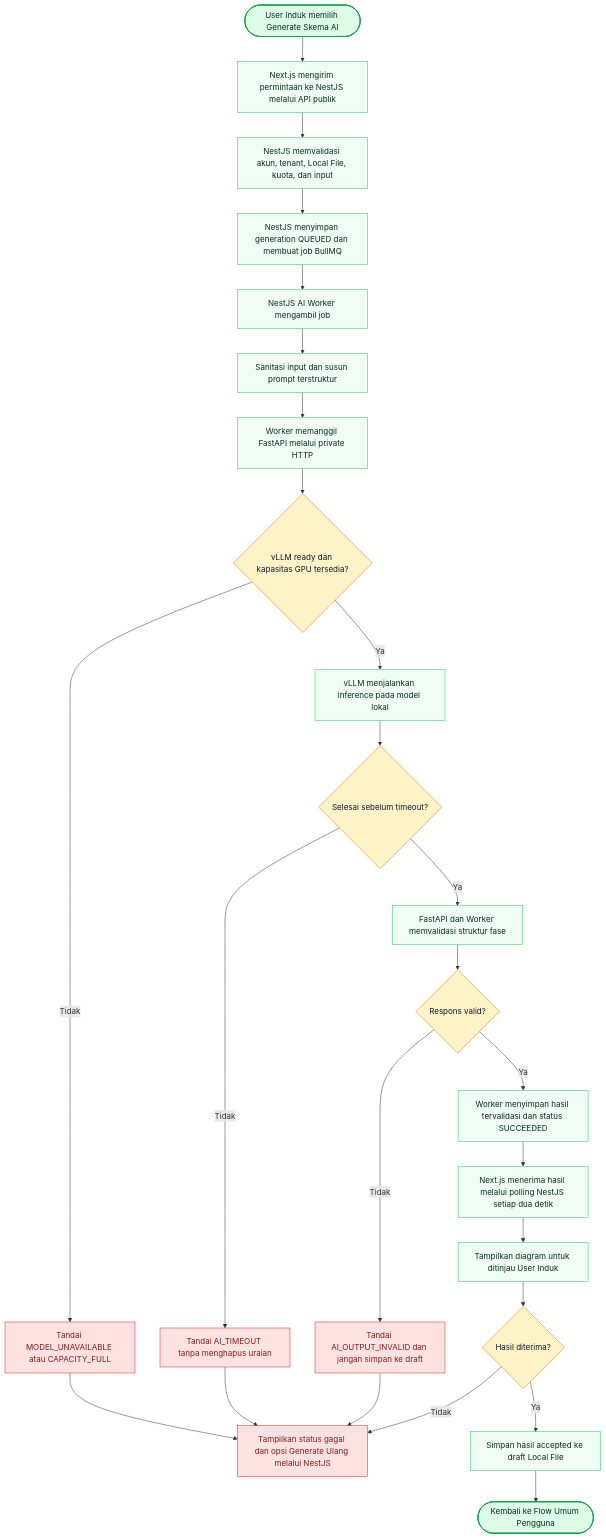
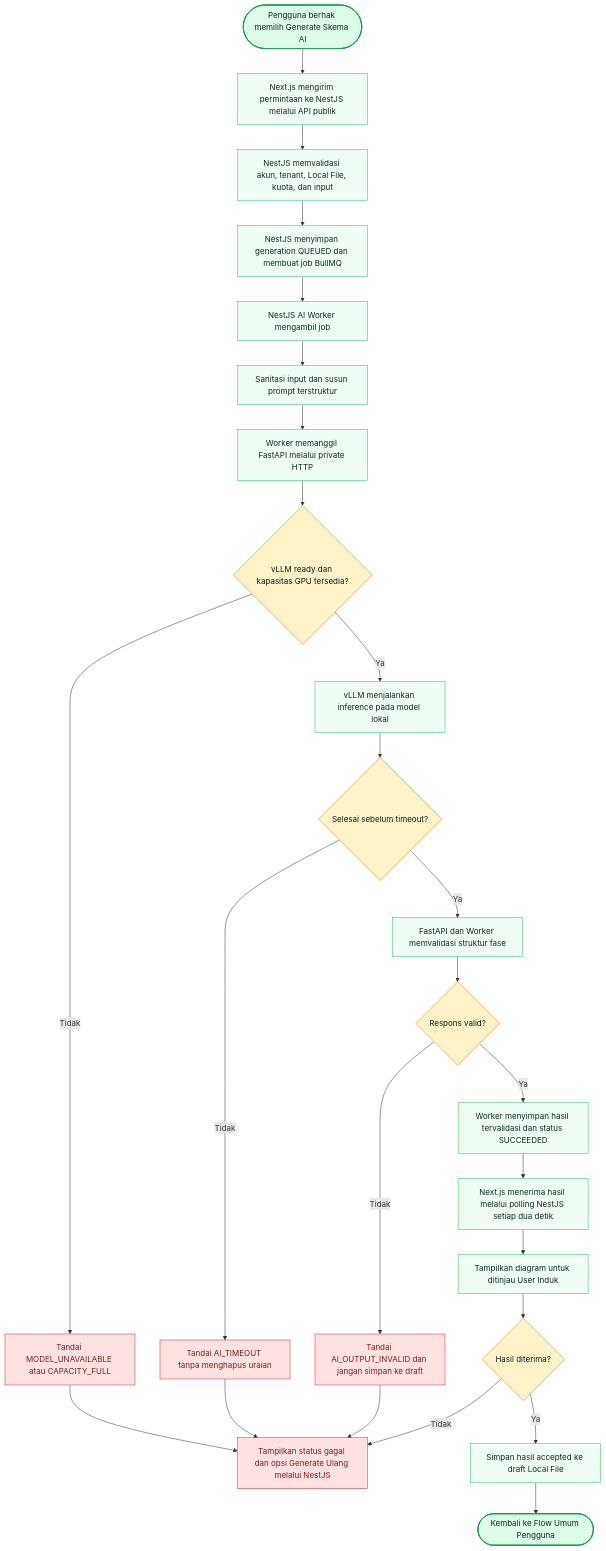
The third of 3 diagrams in 01-By-System/03-Business-Flow/04-AI-Content-Generation.md (dayatmuc/tp-docs-documentation), drawn with Mermaid before and after one commit. The commit also changed other lines of this file and 35 other files, not shown here.

````diff
--- a/01-By-System/03-Business-Flow/04-AI-Content-Generation.md
+++ b/01-By-System/03-Business-Flow/04-AI-Content-Generation.md
@@ -140,36 +140,36 @@
 ```mermaid
 flowchart TD
-    LOCAL_START([User Induk memilih Generate Skema AI]) --> LOCAL_WEB[Next.js mengirim permintaan ke NestJS melalui API publik]
+    LOCAL_START([Pengguna berhak memilih Generate Skema AI]) --> LOCAL_WEB[Next.js mengirim permintaan ke NestJS melalui API publik]
     LOCAL_WEB --> LOCAL_TENANT[NestJS memvalidasi akun, tenant, Local File, kuota, dan input]
     LOCAL_TENANT --> LOCAL_JOB[NestJS menyimpan generation QUEUED dan membuat job BullMQ]
     LOCAL_JOB --> LOCAL_WORKER[NestJS AI Worker mengambil job]
     LOCAL_WORKER --> LOCAL_PREPARE[Sanitasi input dan susun prompt terstruktur]
     LOCAL_PREPARE --> LOCAL_FASTAPI[Worker memanggil FastAPI melalui private HTTP]
     LOCAL_FASTAPI --> LOCAL_HEALTH{"vLLM ready dan kapasitas GPU tersedia?"}
     LOCAL_HEALTH -- "Tidak" --> LOCAL_UNAVAILABLE[Tandai MODEL_UNAVAILABLE atau CAPACITY_FULL]
     LOCAL_UNAVAILABLE --> LOCAL_RETRY[Tampilkan status gagal dan opsi Generate Ulang melalui NestJS]
     LOCAL_HEALTH -- "Ya" --> LOCAL_MODEL[vLLM menjalankan inference pada model lokal]
     LOCAL_MODEL --> LOCAL_RESPONSE{"Selesai sebelum timeout?"}
     LOCAL_RESPONSE -- "Tidak" --> LOCAL_TIMEOUT[Tandai AI_TIMEOUT tanpa menghapus uraian]
     LOCAL_TIMEOUT --> LOCAL_RETRY
     LOCAL_RESPONSE -- "Ya" --> LOCAL_SCHEMA[FastAPI dan Worker memvalidasi struktur fase]
     LOCAL_SCHEMA --> LOCAL_VALID{"Respons valid?"}
     LOCAL_VALID -- "Tidak" --> LOCAL_INVALID[Tandai AI_OUTPUT_INVALID dan jangan simpan ke draft]
     LOCAL_INVALID --> LOCAL_RETRY
     LOCAL_VALID -- "Ya" --> LOCAL_STORE[Worker menyimpan hasil tervalidasi dan status SUCCEEDED]
     LOCAL_STORE --> LOCAL_POLL[Next.js menerima hasil melalui polling NestJS setiap dua detik]
     LOCAL_POLL --> LOCAL_PRESENT[Tampilkan diagram untuk ditinjau User Induk]
     LOCAL_PRESENT --> LOCAL_ACCEPT{"Hasil diterima?"}
     LOCAL_ACCEPT -- "Tidak" --> LOCAL_RETRY
     LOCAL_ACCEPT -- "Ya" --> LOCAL_DRAFT[Simpan hasil accepted ke draft Local File]
     LOCAL_DRAFT --> LOCAL_END([Kembali ke Flow Umum Pengguna])
 
     classDef startend fill:#dcfce7,stroke:#16a34a,color:#052e16,stroke-width:2px;
     classDef process fill:#f0fdf4,stroke:#22c55e,color:#052e16;
     classDef decision fill:#fef3c7,stroke:#d97706,color:#0f172a;
     classDef exception fill:#fee2e2,stroke:#dc2626,color:#7f1d1d;
     class LOCAL_START,LOCAL_END startend;
     class LOCAL_WEB,LOCAL_TENANT,LOCAL_JOB,LOCAL_WORKER,LOCAL_PREPARE,LOCAL_FASTAPI,LOCAL_MODEL,LOCAL_SCHEMA,LOCAL_STORE,LOCAL_POLL,LOCAL_PRESENT,LOCAL_DRAFT process;
     class LOCAL_HEALTH,LOCAL_RESPONSE,LOCAL_VALID,LOCAL_ACCEPT decision;
     class LOCAL_UNAVAILABLE,LOCAL_RETRY,LOCAL_TIMEOUT,LOCAL_INVALID exception;
 ```
````
